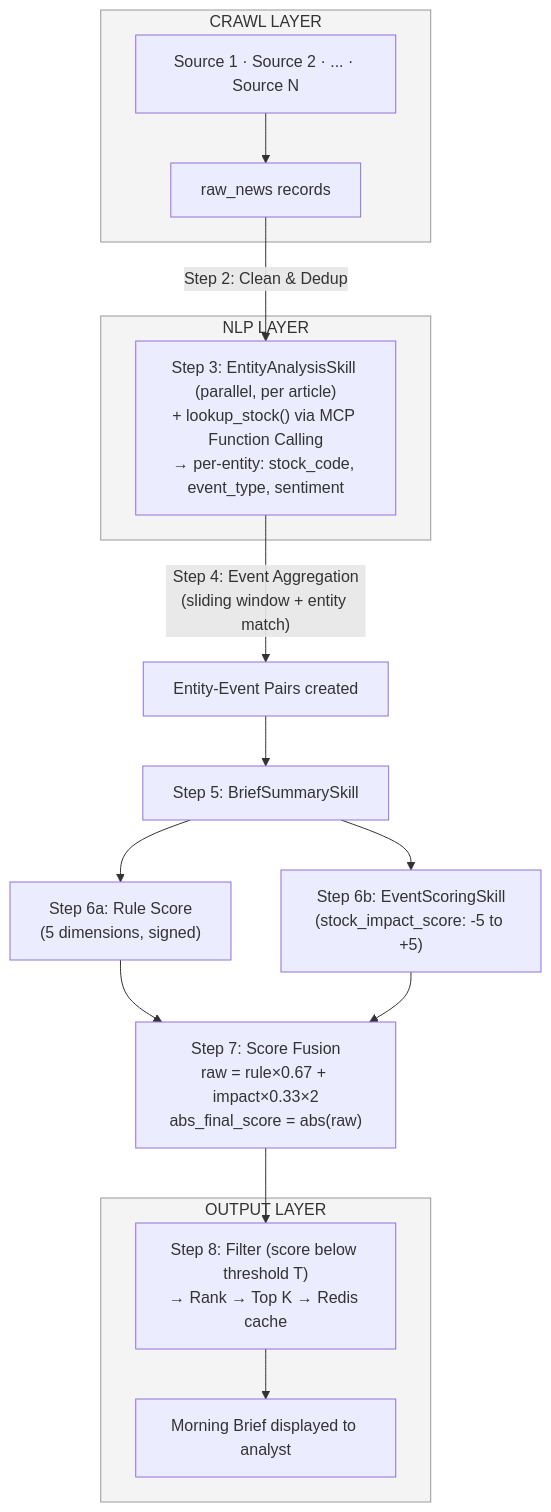
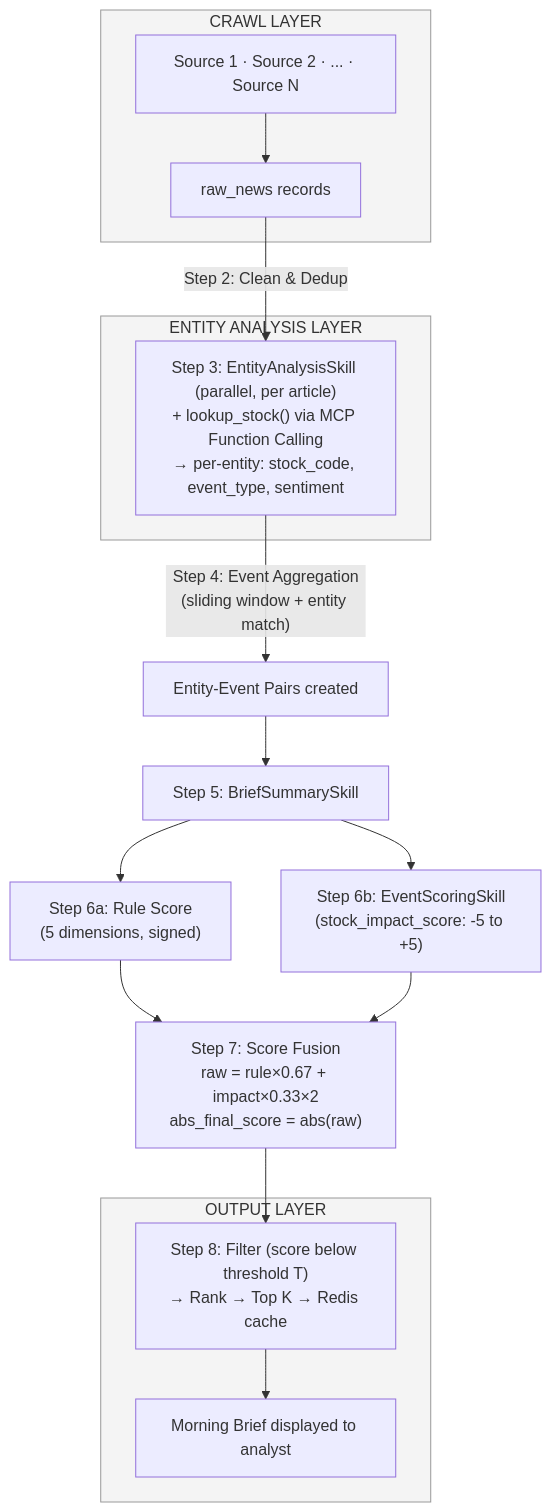
The diagram in docs/PRD.md (mars-xiaoyi/wealthfinder), drawn with Mermaid before and after one commit. The commit also changed other lines of this file and 5 other files, not shown here.

````diff
--- a/docs/PRD.md
+++ b/docs/PRD.md
@@ -367,38 +367,38 @@
 ```mermaid
 flowchart TD
     subgraph CRAWL["CRAWL LAYER"]
         A["Source 1 · Source 2 · ... · Source N"]
         A --> B["raw_news records"]
     end
 
-    subgraph NLP["NLP LAYER"]
+    subgraph EA["ENTITY ANALYSIS LAYER"]
         C["Step 3: EntityAnalysisSkill (parallel, per article)<br/>+ lookup_stock() via MCP Function Calling<br/>→ per-entity: stock_code, event_type, sentiment"]
     end
 
     B -->|"Step 2: Clean & Dedup"| C
 
     D["Entity-Event Pairs created"]
     C -->|"Step 4: Event Aggregation<br/>(sliding window + entity match)"| D
 
     E["Step 5: BriefSummarySkill"]
     D --> E
 
     F["Step 6a: Rule Score<br/>(5 dimensions, signed)"]
     G["Step 6b: EventScoringSkill<br/>(stock_impact_score: -5 to +5)"]
     E --> F
     E --> G
 
     H["Step 7: Score Fusion<br/>raw = rule×0.67 + impact×0.33×2<br/>abs_final_score = abs(raw)"]
     F --> H
     G --> H
 
     subgraph OUTPUT["OUTPUT LAYER"]
         I["Step 8: Filter (score below threshold T)<br/>→ Rank → Top K → Redis cache"]
         J["Morning Brief displayed to analyst"]
         I --> J
     end
     H --> I
 
     classDef layer fill:#f4f4f4,stroke:#999,stroke-width:1px;
-    class CRAWL,NLP,OUTPUT layer;
+    class CRAWL,EA,OUTPUT layer;
 ```
````
